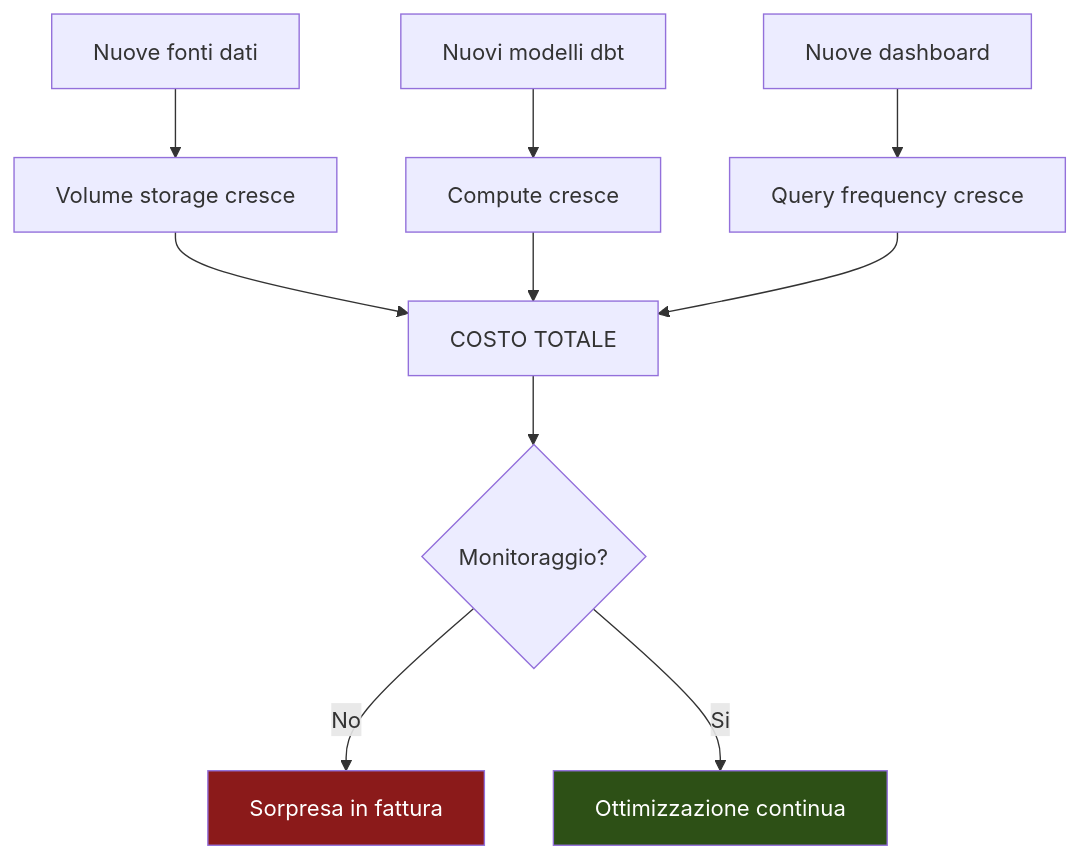
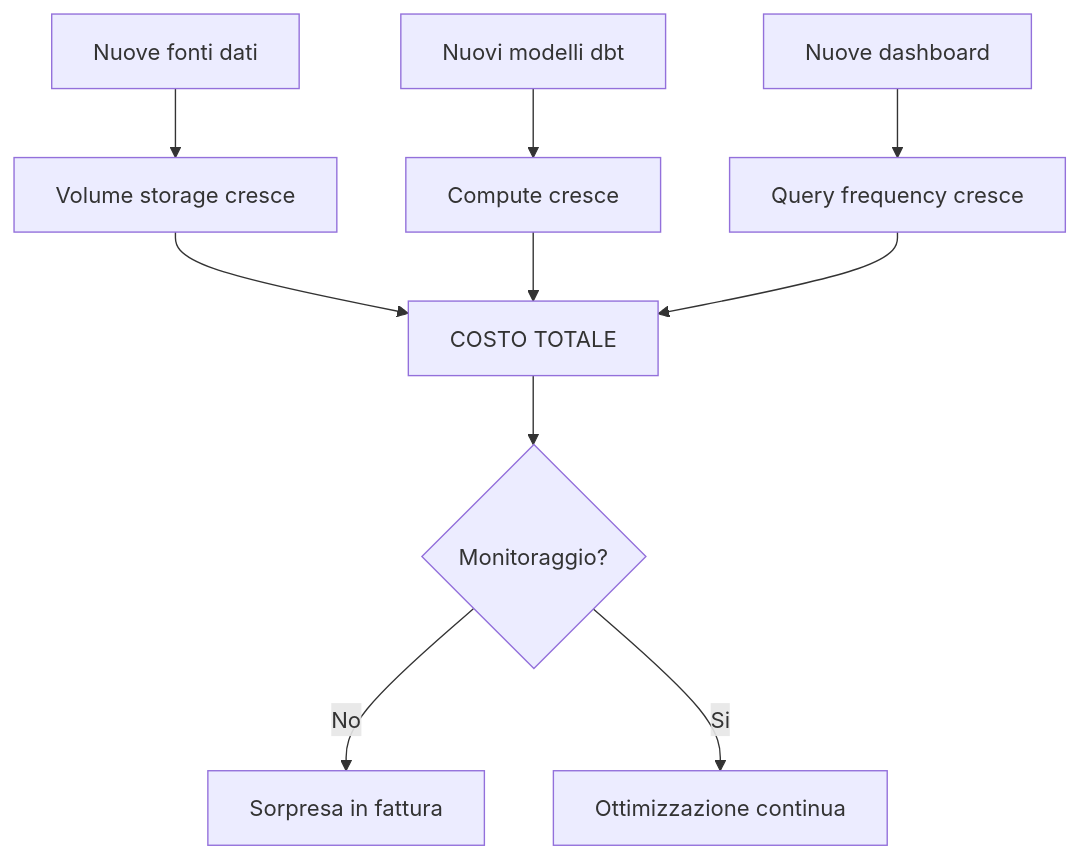
Before and after one commit to AndreyBertasini/gynnitech: the first of 4 diagrams in src/content/corso/infrastructure-ops/costs.mdx, drawn with Mermaid. The commit also changed other lines of this file and 110 other files, not shown here.

First line of the commit message:
chore(content): optimize mermaid diagrams for mobile and dark theme

````diff
--- a/src/content/corso/infrastructure-ops/costs.mdx
+++ b/src/content/corso/infrastructure-ops/costs.mdx
@@ -31,15 +31,13 @@
 ```mermaid
 flowchart TD
     A["Nuove fonti dati"] --> B["Volume storage cresce"]
     C["Nuovi modelli dbt"] --> D["Compute cresce"]
     E["Nuove dashboard"] --> F["Query frequency cresce"]
     B --> G["COSTO TOTALE"]
     D --> G
     F --> G
     G --> H{"Monitoraggio?"}
     H -->|"No"| I["Sorpresa in fattura"]
     H -->|"Si"| J["Ottimizzazione continua"]
 
-    style I fill:#8b1a1a,color:#ffffff
-    style J fill:#2d5016,color:#ffffff
 ```
````
